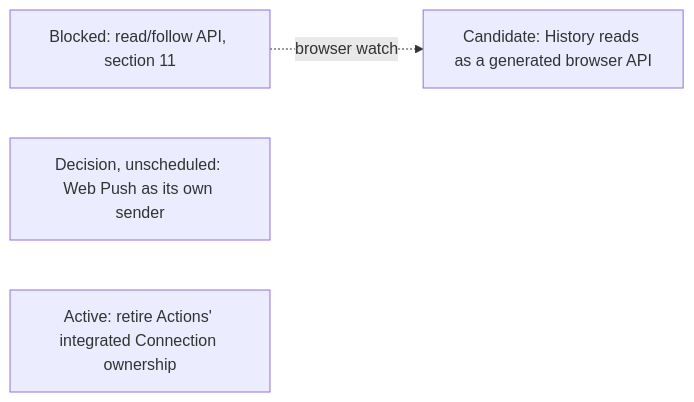
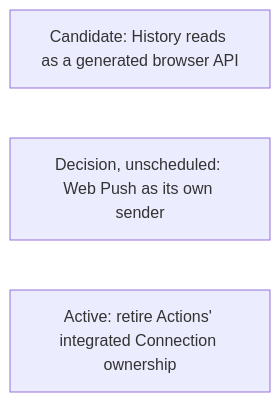
Diagram 18 of 19 in agentplane/plans/task_dag.md (agentydragon-agent/ducktape), drawn with Mermaid before and after one commit. The commit also changed other lines of this file and 14 other files, not shown here.

Commit message:
History: follow committed Session events with resumable cursors

````diff
--- a/agentplane/plans/task_dag.md
+++ b/agentplane/plans/task_dag.md
@@ -1710,7 +1699,6 @@
 ```mermaid
 flowchart LR
     HISTORY_READS_FACADE[Candidate: History reads as a generated browser API]
-    HISTORY_READ_FOLLOW_API[Blocked: read/follow API, section 11] -. browser watch .-> HISTORY_READS_FACADE
     WEB_PUSH_SERVICE[Decision, unscheduled: Web Push as its own sender]
     ACTION_MCP_EDGE_SPLIT[Active: retire Actions' integrated Connection ownership]
 ```
````
